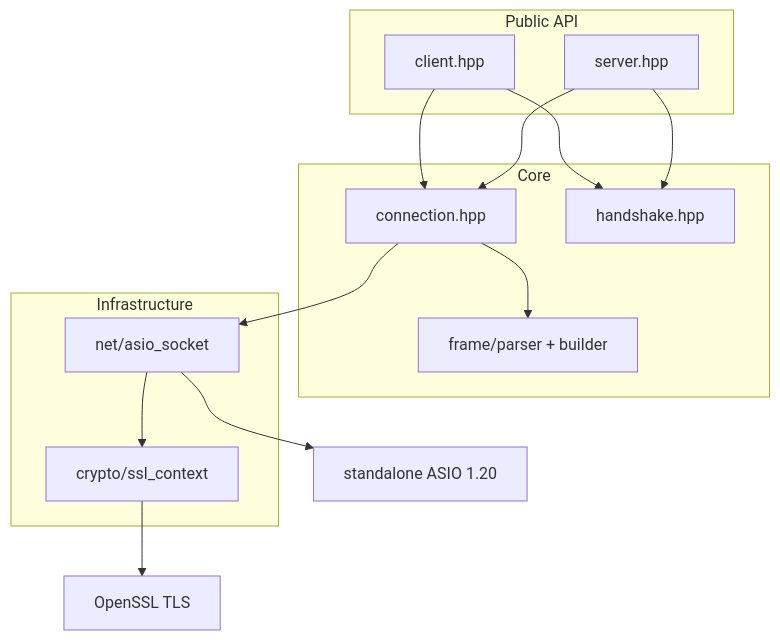
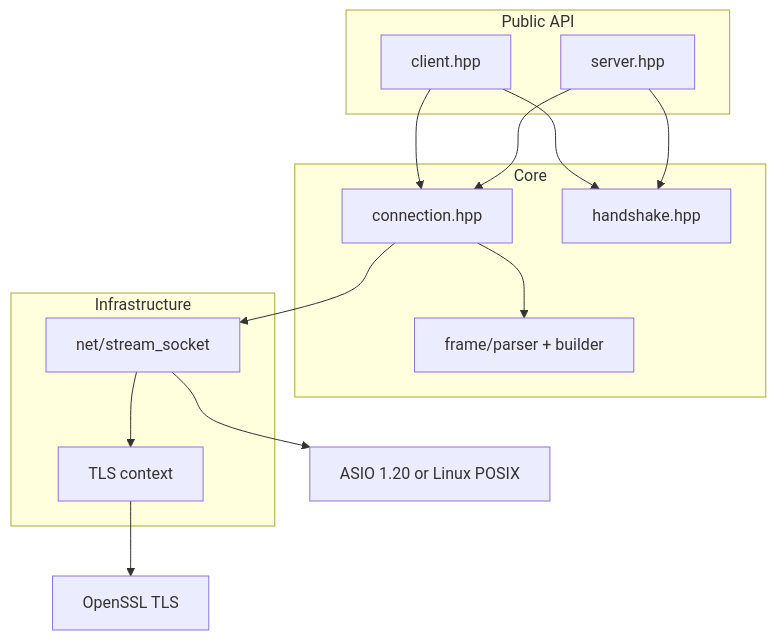
The diagram in docs/DEVELOPER.md (gvtret/wscpp), drawn with Mermaid before and after one commit. The commit also changed other lines of this file and 7 other files, not shown here.

````diff
--- a/docs/DEVELOPER.md
+++ b/docs/DEVELOPER.md
@@ -9,25 +9,25 @@
 ```mermaid
 flowchart TB
     subgraph public [Public API]
         Client[client.hpp]
         Server[server.hpp]
     end
     subgraph core [Core]
         Conn[connection.hpp]
         HS[handshake.hpp]
         Frame[frame/parser + builder]
     end
     subgraph infra [Infrastructure]
-        Net[net/asio_socket]
-        Crypto[crypto/ssl_context]
+        Net[net/stream_socket]
+        Crypto[TLS context]
     end
     Client --> Conn
     Server --> Conn
     Conn --> Frame
     Conn --> Net
     Client --> HS
     Server --> HS
     Net --> Crypto
-    Net --> ASIO[standalone ASIO 1.20]
+    Net --> Transport[ASIO 1.20 or Linux POSIX]
     Crypto --> OpenSSL[OpenSSL TLS]
 ```
````
